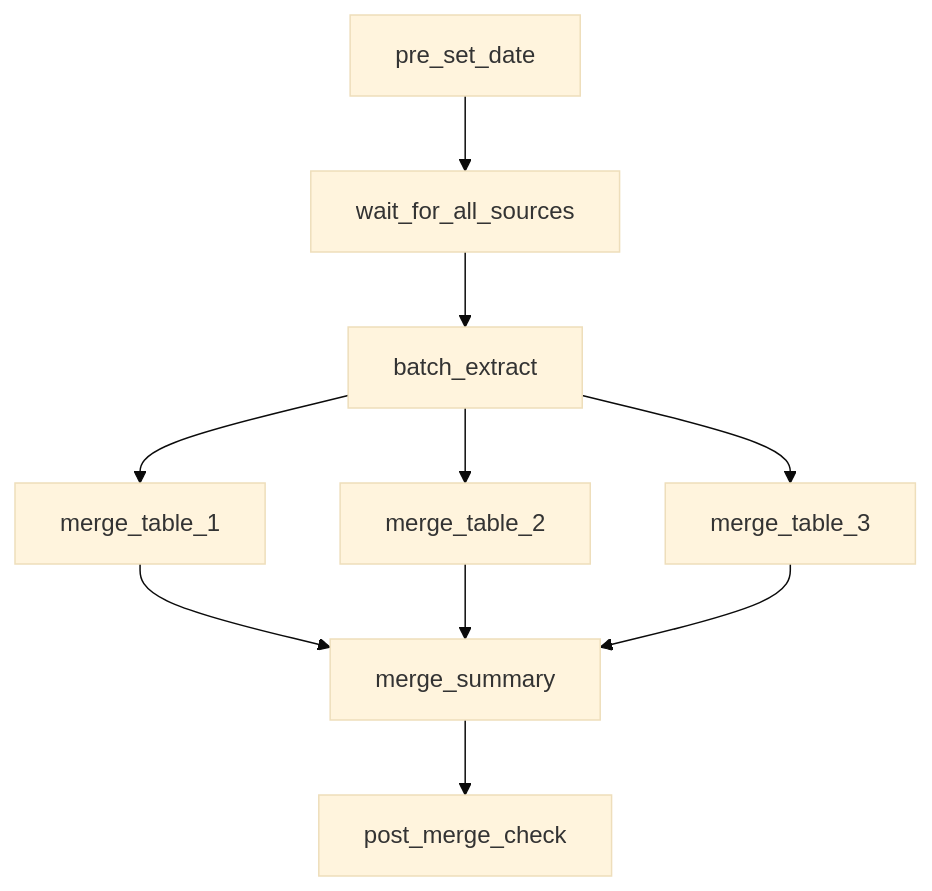
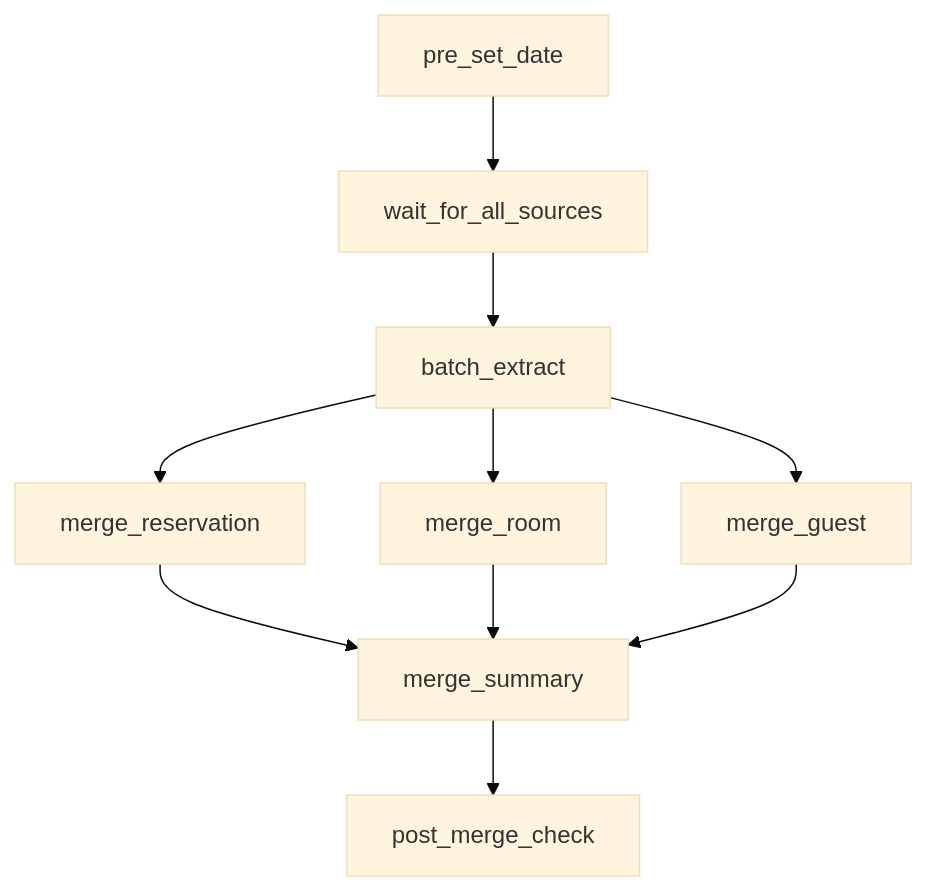
Before and after one commit to yeokyeong-yoon/yeokyeong-yoon.github.io: the third of 5 diagrams in _posts/2025-03-15-etl-pipeline.md, drawn with Mermaid. The commit also changed other lines of this file, not shown here.

````diff
--- a/_posts/2025-03-15-etl-pipeline.md
+++ b/_posts/2025-03-15-etl-pipeline.md
@@ -138,13 +138,13 @@
 ```mermaid
 %%{init: {'theme': 'base', 'themeVariables': { 'fontSize': '16px'}}}%%
 graph TD
     A[pre_set_date] --> B[wait_for_all_sources]
     B --> C[batch_extract]
-    C --> D[merge_table_1]
-    C --> E[merge_table_2]
-    C --> F[merge_table_3]
+    C --> D[merge_reservation]
+    C --> E[merge_room]
+    C --> F[merge_guest]
     D --> G[merge_summary]
     E --> G
     F --> G
     G --> H[post_merge_check]
 ```
````
